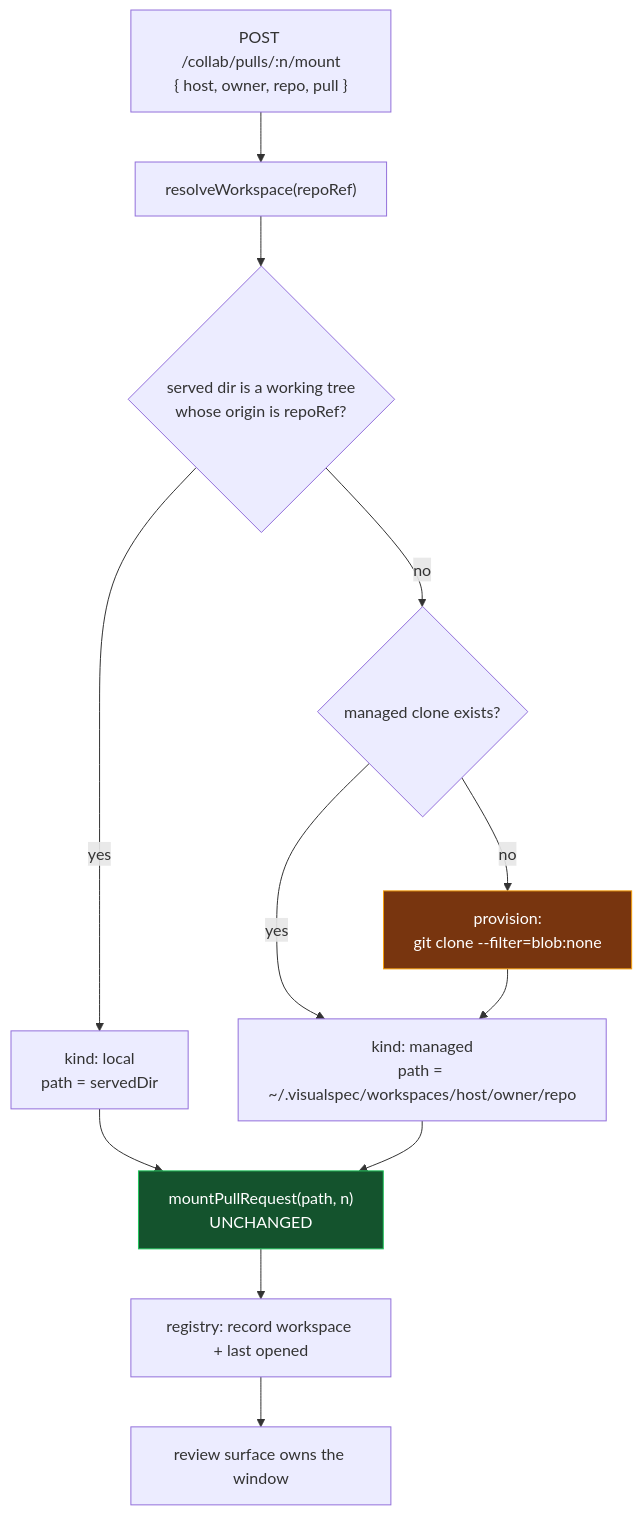
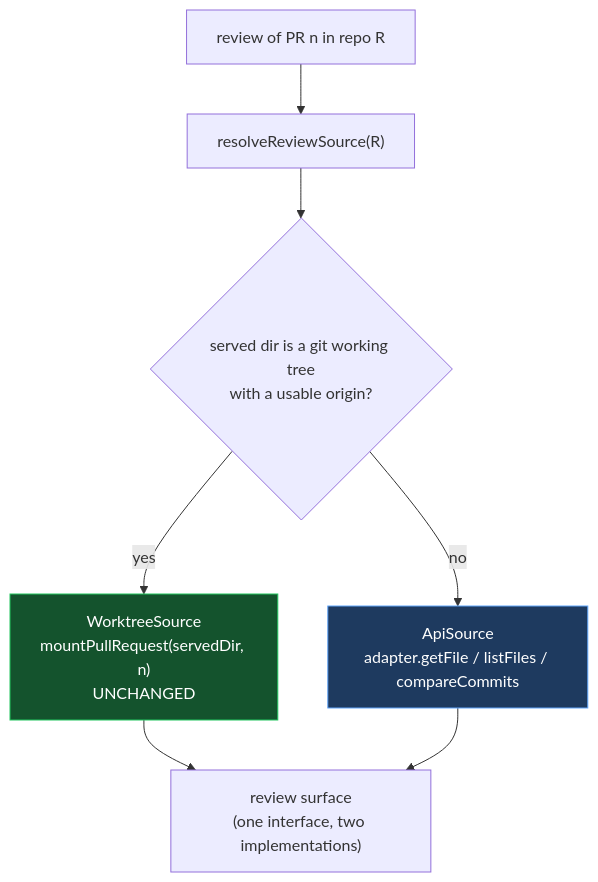
The diagram in docs/lld/collaboration-workspace.md (metuur-ai/agentic-visual-spec), drawn with Mermaid before and after one commit. The commit also changed other lines of this file and 33 other files, not shown here.

First line of the commit message:
wip(collab): review sources, resolution, and the surface that reads through them

````diff
--- a/docs/lld/collaboration-workspace.md
+++ b/docs/lld/collaboration-workspace.md
@@ -19,20 +17,15 @@
 ```mermaid
 flowchart TD
-  REQ["POST /collab/pulls/:n/mount<br/>{ host, owner, repo, pull }"]
-  REQ --> RES["resolveWorkspace(repoRef)"]
+  REQ["review of PR n in repo R"]
+  REQ --> RES["resolveReviewSource(R)"]
 
-  RES --> Q{"served dir is a working tree<br/>whose origin is repoRef?"}
-  Q -->|yes| L["kind: local<br/>path = servedDir"]
-  Q -->|no| M{"managed clone exists?"}
-  M -->|yes| E["kind: managed<br/>path = ~/.visualspec/workspaces/host/owner/repo"]
-  M -->|no| P["provision:<br/>git clone --filter=blob:none"]
-  P --> E
+  RES --> Q{"served dir is a git working tree<br/>with a usable origin?"}
+  Q -->|yes| W["WorktreeSource<br/>mountPullRequest(servedDir, n)<br/>UNCHANGED"]
+  Q -->|no| A["ApiSource<br/>adapter.getFile / listFiles / compareCommits"]
 
-  L --> MT["mountPullRequest(path, n)<br/>UNCHANGED"]
-  E --> MT
-  MT --> REG["registry: record workspace + last opened"]
-  REG --> UI["review surface owns the window"]
+  W --> UI["review surface<br/>(one interface, two implementations)"]
+  A --> UI
 
-  style MT fill:#14532d,stroke:#22c55e,color:#fff
-  style P fill:#78350f,stroke:#f59e0b,color:#fff
+  style W fill:#14532d,stroke:#22c55e,color:#fff
+  style A fill:#1e3a5f,stroke:#60a5fa,color:#fff
 ```
````
